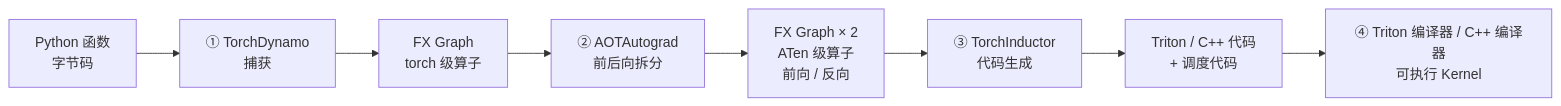
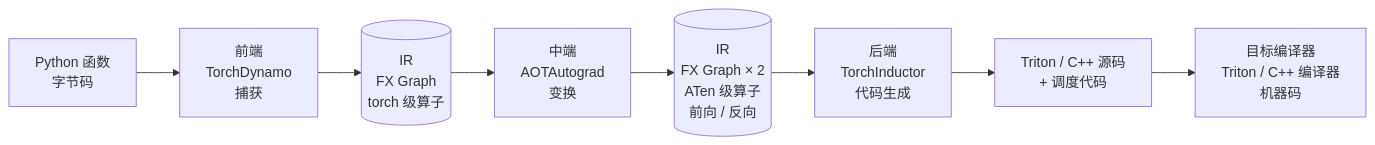
The first of 3 diagrams in _posts/2026-04-08-pytorch-compilation-and-graph-optimization.md (arganzheng/arganzheng.github.com), drawn with Mermaid before and after one commit. The commit also changed other lines of this file, not shown here.

````diff
--- a/_posts/2026-04-08-pytorch-compilation-and-graph-optimization.md
+++ b/_posts/2026-04-08-pytorch-compilation-and-graph-optimization.md
@@ -49,10 +57,10 @@
 ```mermaid
 flowchart LR
-    PY[Python 函数<br/>字节码] --> DY[① TorchDynamo<br/>捕获]
-    DY --> G1[FX Graph<br/>torch 级算子]
-    G1 --> AOT[② AOTAutograd<br/>前后向拆分]
-    AOT --> G2[FX Graph × 2<br/>ATen 级算子<br/>前向 / 反向]
-    G2 --> IND[③ TorchInductor<br/>代码生成]
-    IND --> CODE[Triton / C++ 代码<br/>+ 调度代码]
-    CODE --> K[④ Triton 编译器 / C++ 编译器<br/>可执行 Kernel]
+    PY[Python 函数<br/>字节码] --> DY[前端<br/>TorchDynamo<br/>捕获]
+    DY --> G1[(IR<br/>FX Graph<br/>torch 级算子)]
+    G1 --> AOT[中端<br/>AOTAutograd<br/>变换]
+    AOT --> G2[(IR<br/>FX Graph × 2<br/>ATen 级算子<br/>前向 / 反向)]
+    G2 --> IND[后端<br/>TorchInductor<br/>代码生成]
+    IND --> CODE[Triton / C++ 源码<br/>+ 调度代码]
+    CODE --> K[目标编译器<br/>Triton / C++ 编译器<br/>机器码]
 ```
````
